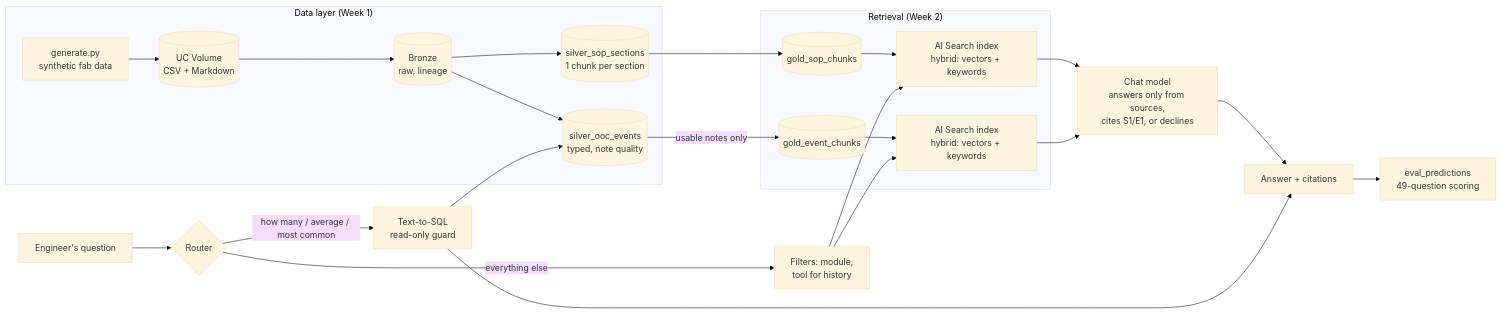
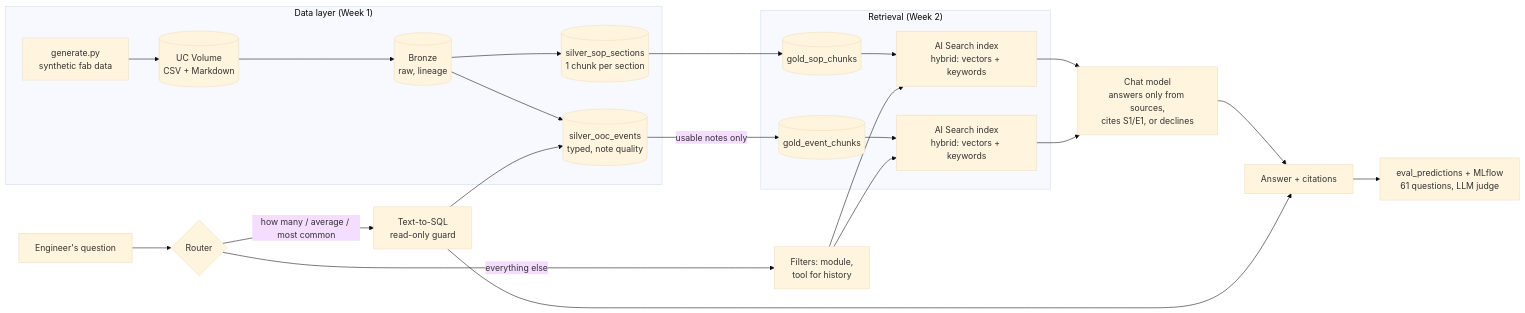
Before and after one commit to BensonAnalyst/fab-troubleshooting-assistant: the diagram in README.md, drawn with Mermaid (base theme). The commit also changed other lines of this file and 15 other files, not shown here.

````diff
--- a/README.md
+++ b/README.md
@@ -32,22 +32,22 @@
 ```mermaid
 flowchart LR
   subgraph Data["Data layer (Week 1)"]
     G[generate.py<br/>synthetic fab data] --> V[(UC Volume<br/>CSV + Markdown)]
     V --> B[(Bronze<br/>raw, lineage)]
     B --> S1[(silver_ooc_events<br/>typed, note quality)]
     B --> S2[(silver_sop_sections<br/>1 chunk per section)]
   end
   subgraph Retrieval["Retrieval (Week 2)"]
     S1 -->|usable notes only| GE[(gold_event_chunks)]
     S2 --> GS[(gold_sop_chunks)]
     GE --> IE[AI Search index<br/>hybrid: vectors + keywords]
     GS --> IS[AI Search index<br/>hybrid: vectors + keywords]
   end
   Q[Engineer's question] --> RT{Router}
   RT -->|"how many / average / most common"| SQL[Text-to-SQL<br/>read-only guard] --> S1
   RT -->|everything else| F[Filters: module,<br/>tool for history] --> IS & IE
   IS & IE --> LLM[Chat model<br/>answers only from sources,<br/>cites S1/E1, or declines]
   LLM --> A[Answer + citations]
   SQL --> A
-  A --> EV[eval_predictions<br/>49-question scoring]
+  A --> EV[eval_predictions + MLflow<br/>61 questions, LLM judge]
 ```
````
